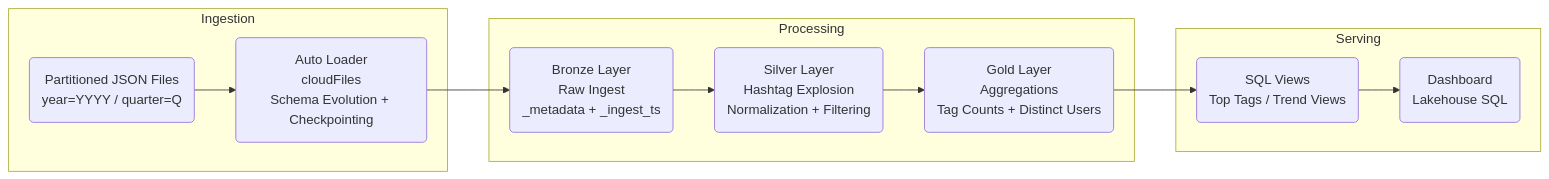
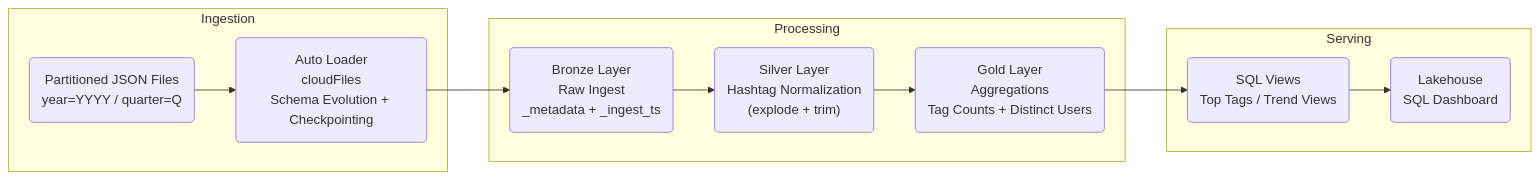
The diagram in README.md (kangaseric4152-max/pinterest_databricks_pipeline_simulation), drawn with Mermaid before and after one commit.

Commit message:
Refine flowchart

````diff
--- a/README.md
+++ b/README.md
@@ -20,19 +20,19 @@
 ```mermaid
 flowchart LR
     subgraph Ingestion
         A(Partitioned JSON Files<br/>year=YYYY / quarter=Q)
         --> B(Auto Loader<br/>cloudFiles<br/>Schema Evolution + Checkpointing)
     end
     
     subgraph Processing
         B --> C(Bronze Layer<br/>Raw Ingest<br/>_metadata + _ingest_ts)
-        C --> D(Silver Layer<br/>Hashtag Explosion<br/>Normalization + Filtering)
+        C --> D("Silver Layer<br/>Hashtag Normalization<br/>(explode + trim)")
         D --> E(Gold Layer<br/>Aggregations<br/>Tag Counts + Distinct Users)
     end
 
     subgraph Serving
         E --> F(SQL Views<br/>Top Tags / Trend Views)
-        F --> G(Dashboard<br/>Lakehouse SQL)
+        F --> G(Lakehouse<br/>SQL Dashboard)
     end
 
 ```
````
